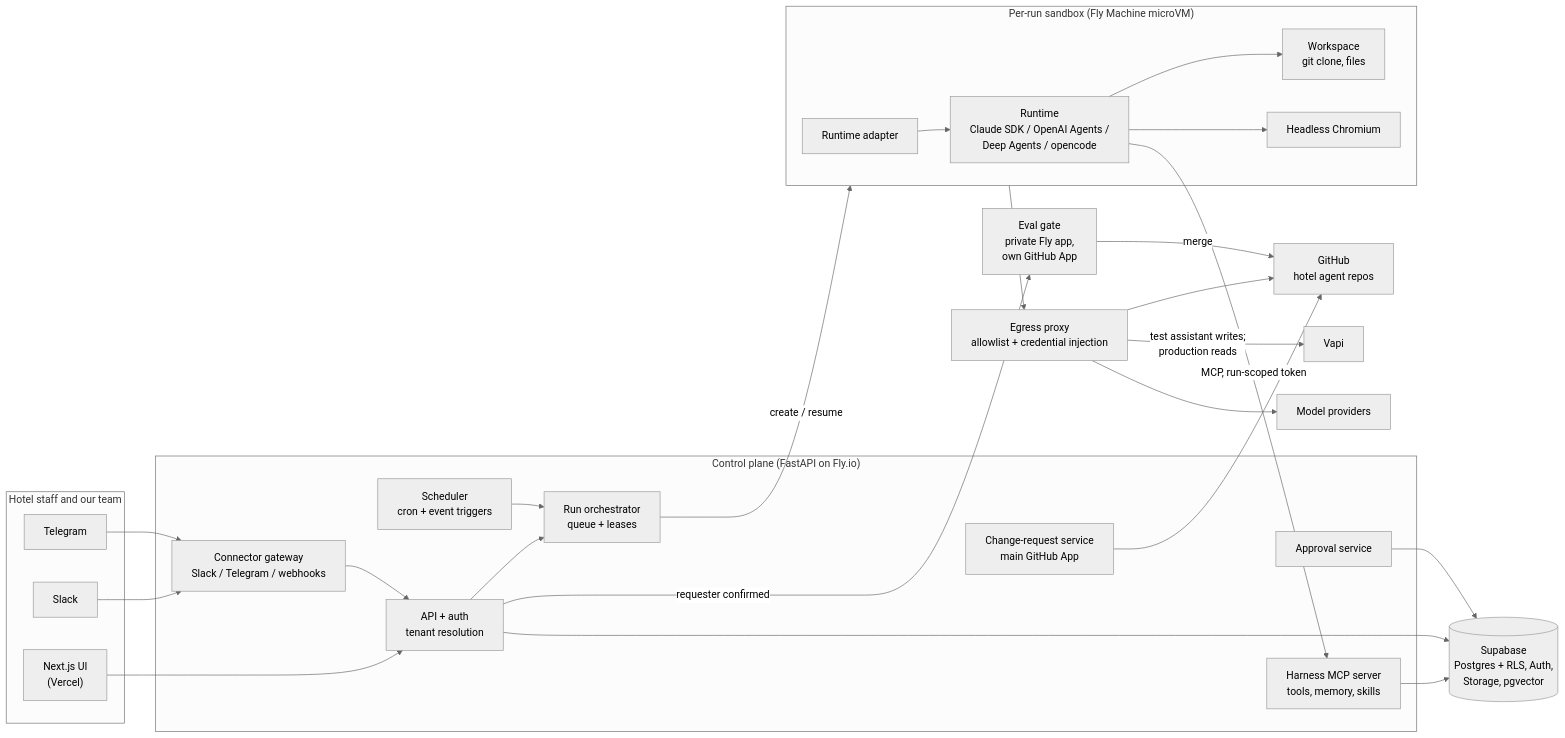
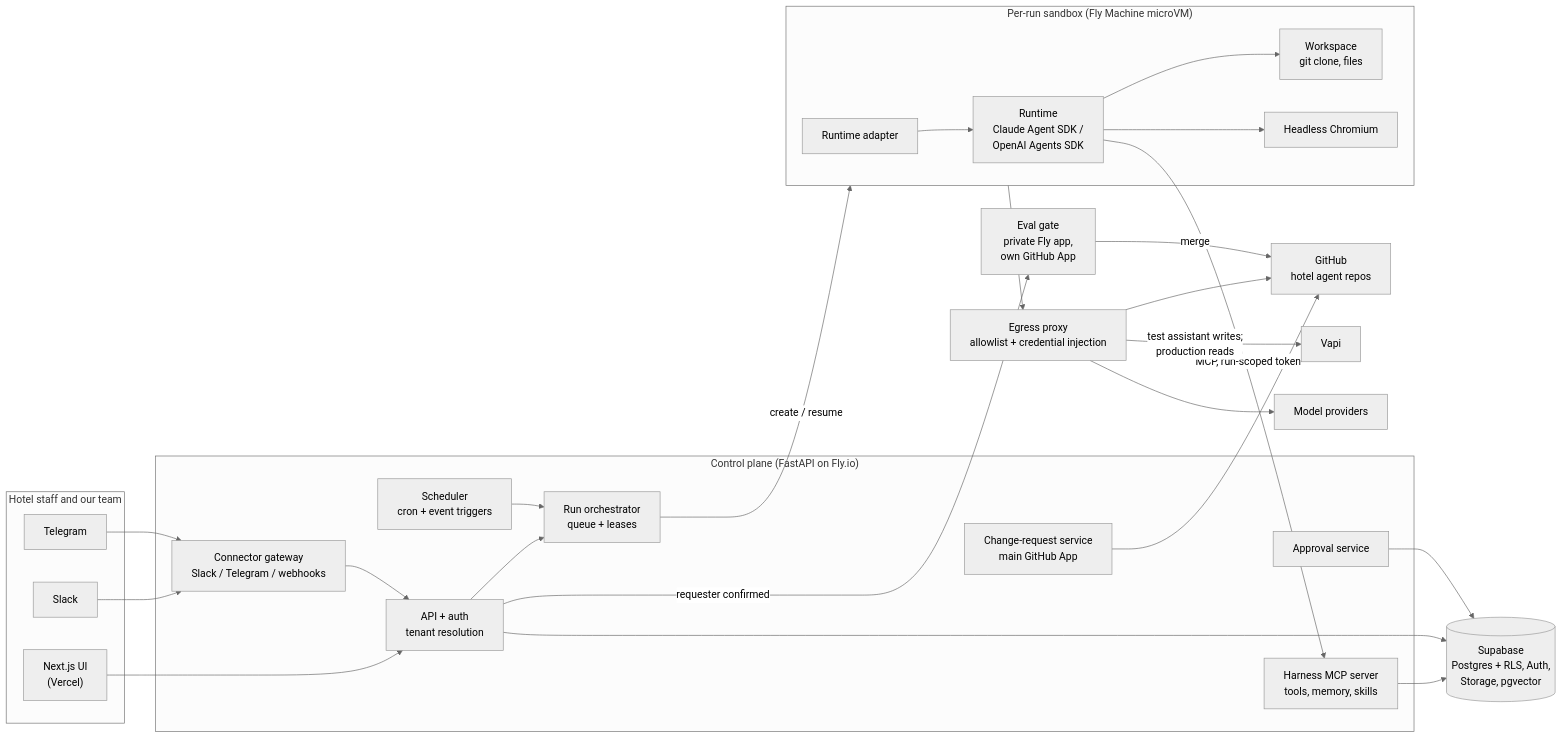
Before and after one commit to nikhilllmno/vorflux: the first of 4 diagrams in docs/architecture.md, drawn with Mermaid (neutral theme). The commit also changed other lines of this file and 8 other files, not shown here.

First line of the commit message:
docs: harness runtimes are the Claude Agent SDK and the OpenAI Agents SDK (v0.6)

````diff
--- a/docs/architecture.md
+++ b/docs/architecture.md
@@ -188,59 +188,59 @@
 ```mermaid
 ---
 config:
   flowchart:
     wrappingWidth: 1000
 ---
 flowchart LR
   subgraph Users["Hotel staff and our team"]
     UI["Next.js UI<br/>(Vercel)"]
     SL["Slack"]
     TG["Telegram"]
   end
 
   subgraph CP["Control plane (FastAPI on Fly.io)"]
     API["API + auth<br/>tenant resolution"]
     GW["Connector gateway<br/>Slack / Telegram / webhooks"]
     ORCH["Run orchestrator<br/>queue + leases"]
     SCHED["Scheduler<br/>cron + event triggers"]
     APPR["Approval service"]
     CRS["Change-request service<br/>main GitHub App"]
     MCP["Harness MCP server<br/>tools, memory, skills"]
   end
 
   subgraph SB["Per-run sandbox (Fly Machine microVM)"]
     AD["Runtime adapter"]
-    RT["Runtime<br/>Claude SDK / OpenAI Agents /<br/>Deep Agents / opencode"]
+    RT["Runtime<br/>Claude Agent SDK /<br/>OpenAI Agents SDK"]
     WS["Workspace<br/>git clone, files"]
     BR["Headless Chromium"]
   end
 
   DB[("Supabase<br/>Postgres + RLS, Auth,<br/>Storage, pgvector")]
   EG["Egress proxy<br/>allowlist + credential injection"]
   GH["GitHub<br/>hotel agent repos"]
   GATE["Eval gate<br/>private Fly app,<br/>own GitHub App"]
   VAPI["Vapi"]
   LLM["Model providers"]
 
   UI --> API
   SL --> GW
   TG --> GW
   GW --> API
   API --> ORCH
   SCHED --> ORCH
   ORCH -->|"create / resume"| SB
   AD --> RT
   RT --> WS
   RT --> BR
   RT -->|"MCP, run-scoped token"| MCP
   MCP --> DB
   API --> DB
   APPR --> DB
   CRS --> GH
   SB --> EG
   EG --> LLM
   EG --> GH
   EG -->|"test assistant writes;<br/>production reads"| VAPI
   API -->|"requester confirmed"| GATE
   GATE -->|"merge"| GH
 ```
````
